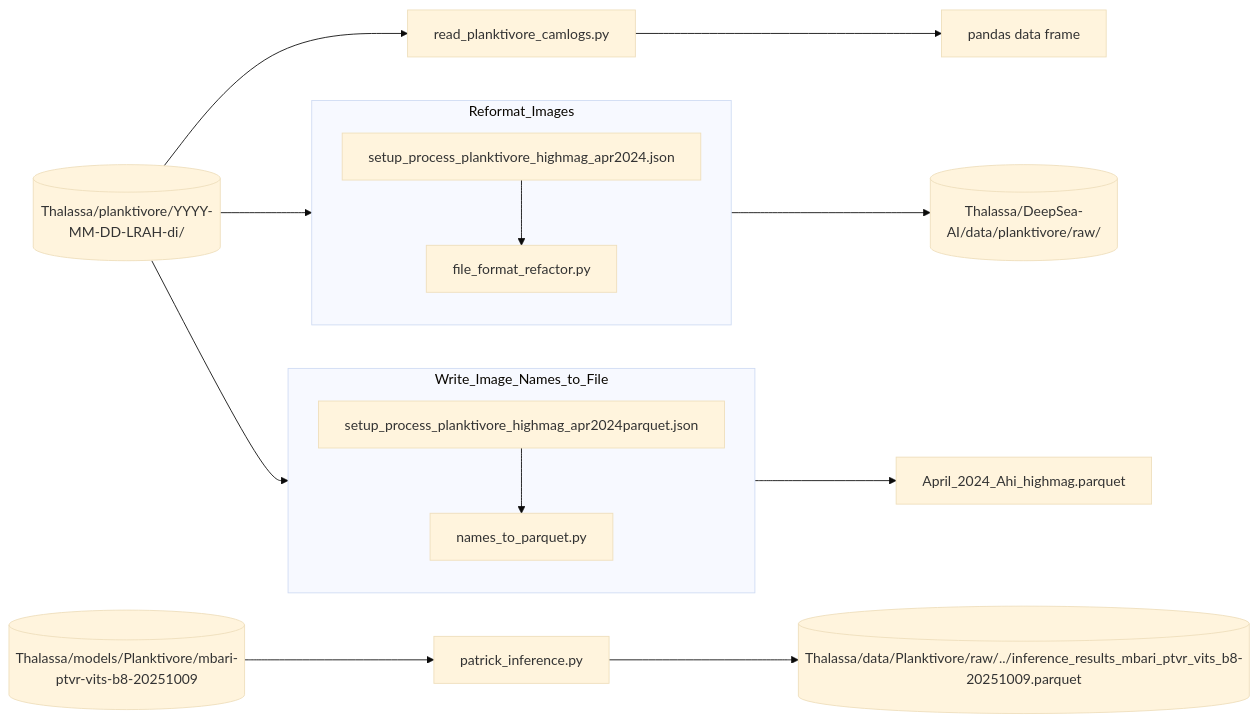
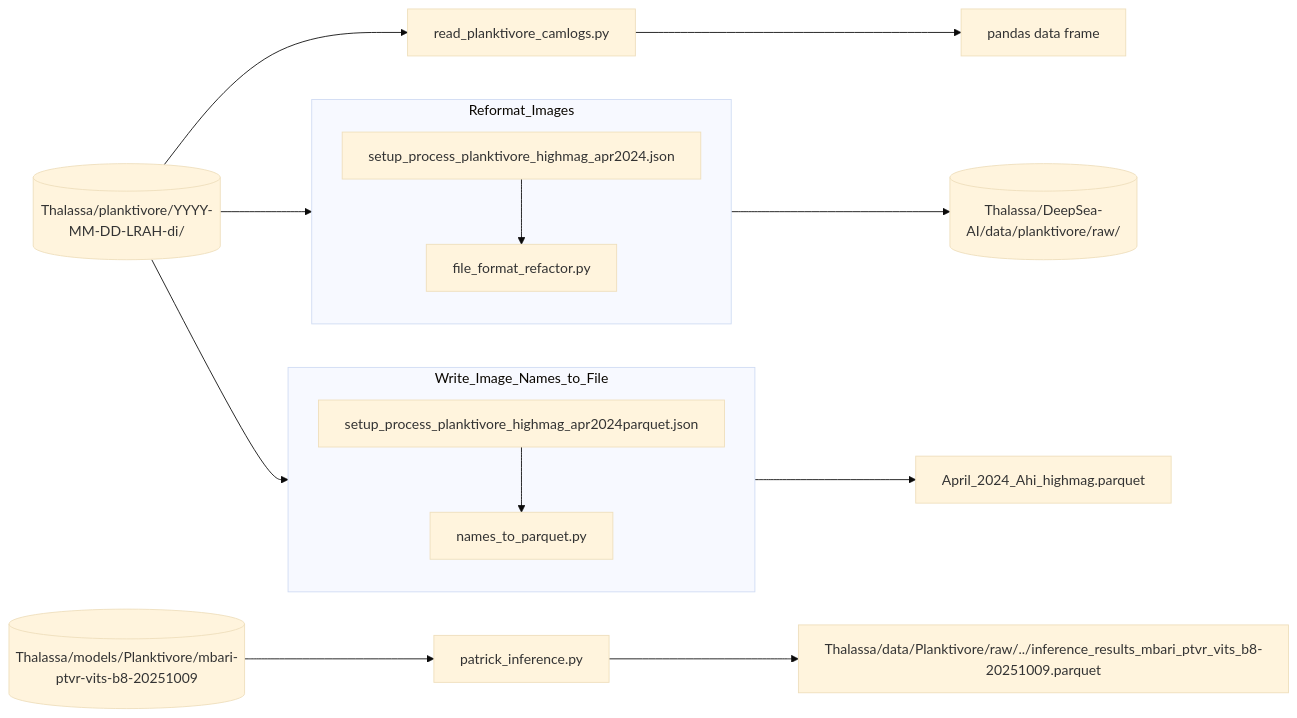
The diagram in mermaid.md (CeNCOOS/planktivore_processing_code), drawn with Mermaid (base theme) before and after one commit.

Commit message:
changed symbol

````diff
--- a/mermaid.md
+++ b/mermaid.md
@@ -1,29 +1,29 @@
 ```mermaid
 flowchart LR
 
 I[(Thalassa/planktivore/YYYY-MM-DD-LRAH-di/)]
 J1[setup_process_planktivore_highmag_apr2024.json]
 P1[file_format_refactor.py]
 OI[(Thalassa/DeepSea-AI/data/planktivore/raw/)]
 J2[setup_process_planktivore_highmag_apr2024parquet.json]
 P2[names_to_parquet.py]
 O1[April_2024_Ahi_highmag.parquet]
 P3[read_planktivore_camlogs.py]
 O2[pandas data frame]
 M1[(Thalassa/models/Planktivore/mbari-ptvr-vits-b8-20251009)]
 P4[patrick_inference.py]
-O3[(Thalassa/data/Planktivore/raw/../inference_results_mbari_ptvr_vits_b8-20251009.parquet)]
+O3[Thalassa/data/Planktivore/raw/../inference_results_mbari_ptvr_vits_b8-20251009.parquet]
 
    subgraph Reformat_Images
       direction TB
         J1-->P1
    end
    subgraph Write_Image_Names_to_File
       direction TB
          J2-->P2
    end
    I-->Reformat_Images-->OI
    I-->Write_Image_Names_to_File-->O1
    I-->P3-->O2
    M1-->P4-->O3
 ```
````
